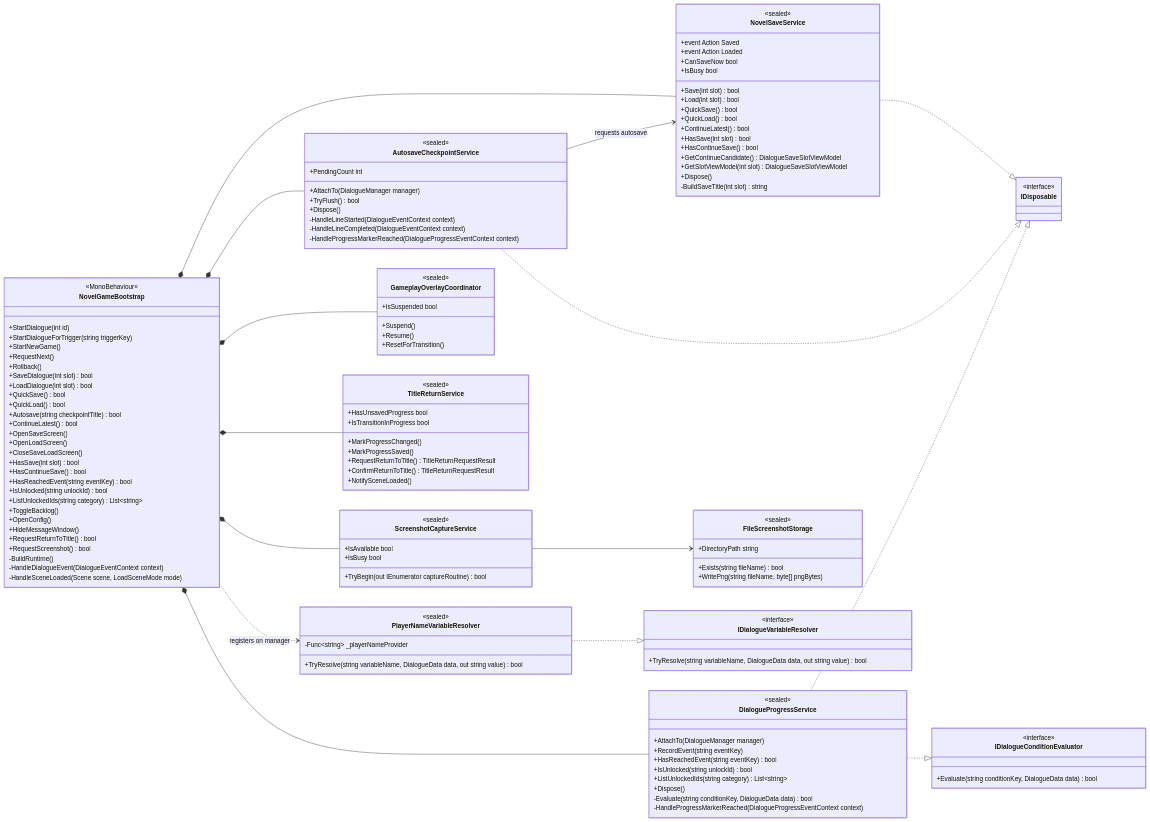
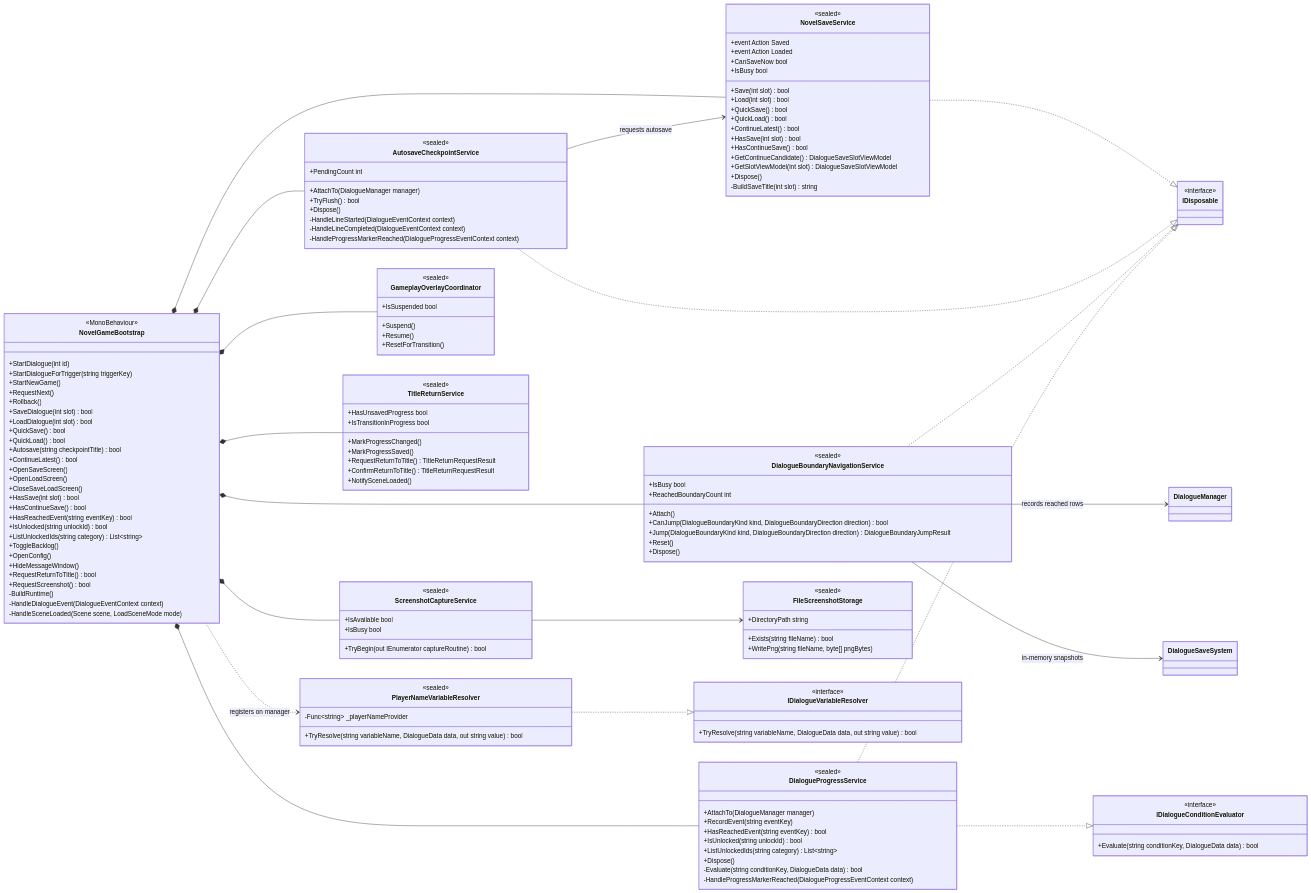
The third of 5 diagrams in docs/architecture/class-diagram.md (kkmia417/WhiteRoom), drawn with Mermaid before and after one commit. The commit also changed other lines of this file and 21 other files, not shown here.

```diff
--- a/docs/architecture/class-diagram.md
+++ b/docs/architecture/class-diagram.md
@@ -216,6 +220,17 @@
         -HandleLineStarted(DialogueEventContext context)
         -HandleLineCompleted(DialogueEventContext context)
         -HandleProgressMarkerReached(DialogueProgressEventContext context)
+    }
+
+    class DialogueBoundaryNavigationService {
+        <<sealed>>
+        +IsBusy bool
+        +ReachedBoundaryCount int
+        +Attach()
+        +CanJump(DialogueBoundaryKind kind, DialogueBoundaryDirection direction) bool
+        +Jump(DialogueBoundaryKind kind, DialogueBoundaryDirection direction) DialogueBoundaryJumpResult
+        +Reset()
+        +Dispose()
     }
 
     class DialogueProgressService {
@@ -283,6 +298,7 @@
 
     NovelGameBootstrap *-- NovelSaveService
     NovelGameBootstrap *-- AutosaveCheckpointService
+    NovelGameBootstrap *-- DialogueBoundaryNavigationService
     NovelGameBootstrap *-- DialogueProgressService
     NovelGameBootstrap *-- GameplayOverlayCoordinator
     NovelGameBootstrap *-- TitleReturnService
@@ -292,6 +308,9 @@
     NovelSaveService ..|> IDisposable
     AutosaveCheckpointService ..|> IDisposable
     AutosaveCheckpointService --> NovelSaveService : requests autosave
+    DialogueBoundaryNavigationService --> DialogueManager : records reached rows
+    DialogueBoundaryNavigationService --> DialogueSaveSystem : in-memory snapshots
+    DialogueBoundaryNavigationService ..|> IDisposable
     DialogueProgressService ..|> IDisposable
     DialogueProgressService ..|> IDialogueConditionEvaluator
     PlayerNameVariableResolver ..|> IDialogueVariableResolver
```
